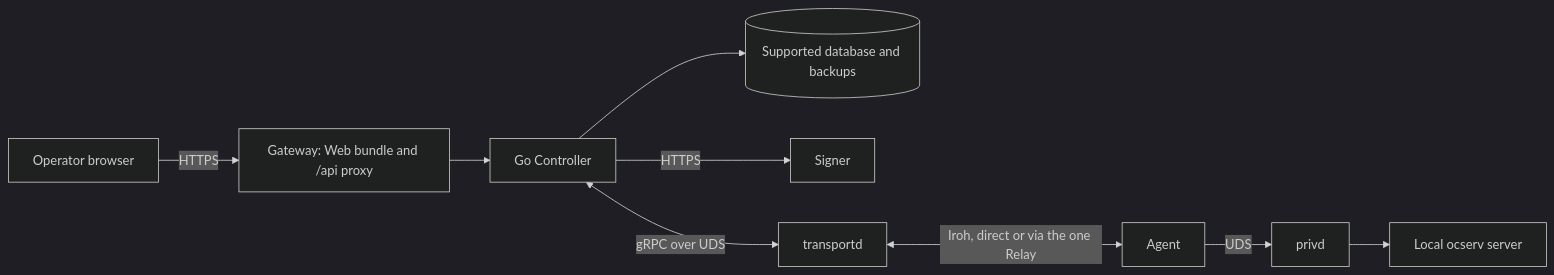
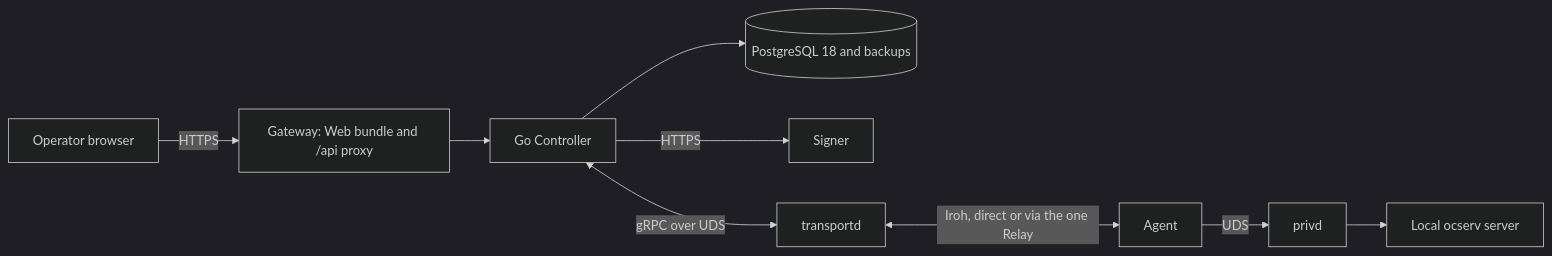
The first of 2 diagrams in docs/architecture.md (GentleKingson/ocservia), drawn with Mermaid (dark theme) before and after one commit. The commit also changed other lines of this file and 458 other files, not shown here.

````diff
--- a/docs/architecture.md
+++ b/docs/architecture.md
@@ -15,11 +15,11 @@
 ```mermaid
 flowchart LR
     Operator["Operator browser"] -->|HTTPS| Gateway["Gateway: Web bundle and /api proxy"]
     Gateway --> Controller["Go Controller"]
-    Controller --> Database[("Supported database and backups")]
+    Controller --> Database[("PostgreSQL 18 and backups")]
     Controller -->|HTTPS| Signer["Signer"]
     Controller <-->|gRPC over UDS| Transportd["transportd"]
     Transportd <-->|"Iroh, direct or via the one Relay"| Agent["Agent"]
     Agent -->|UDS| Privd["privd"]
     Privd --> Ocserv["Local ocserv server"]
 ```
````
